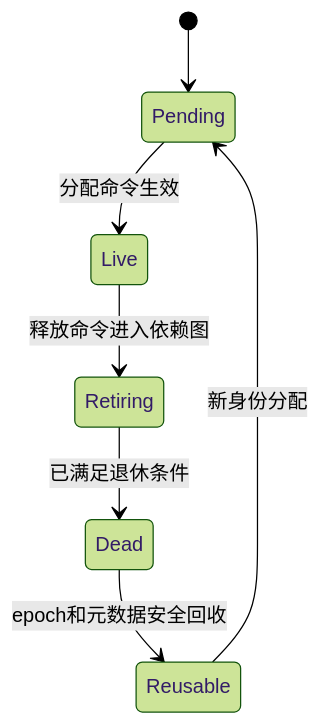
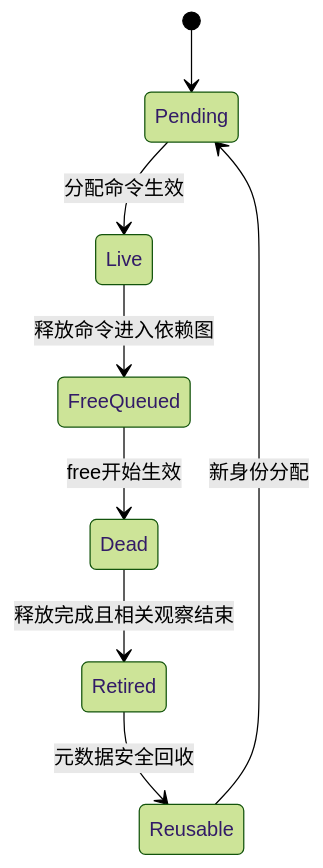
One commit to lazyxu/sanitizer changed the second of 2 diagrams in docs/llvm-gpu-sanitizer-research.md. Above: the diagram before and after it, drawn with Mermaid (forest theme). The commit also changed other lines of this file and 4 other files, not shown here.

```diff
--- a/docs/llvm-gpu-sanitizer-research.md
+++ b/docs/llvm-gpu-sanitizer-research.md
@@ -530,9 +615,10 @@
 ~~~mermaid
 stateDiagram-v2
     [*] --> Pending
     Pending --> Live: 分配命令生效
-    Live --> Retiring: 释放命令进入依赖图
-    Retiring --> Dead: 已满足退休条件
-    Dead --> Reusable: epoch和元数据安全回收
+    Live --> FreeQueued: 释放命令进入依赖图
+    FreeQueued --> Dead: free开始生效
+    Dead --> Retired: 释放完成且相关观察结束
+    Retired --> Reusable: 元数据安全回收
     Reusable --> Pending: 新身份分配
 ~~~
```
